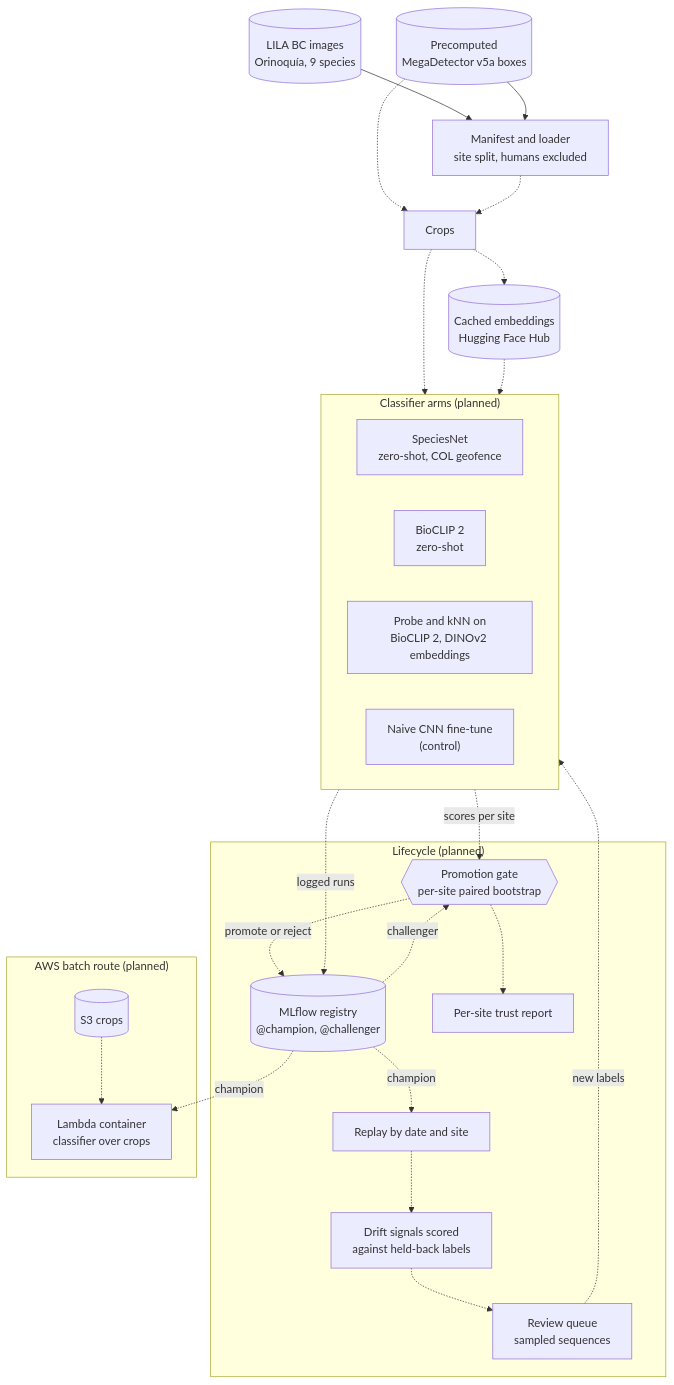
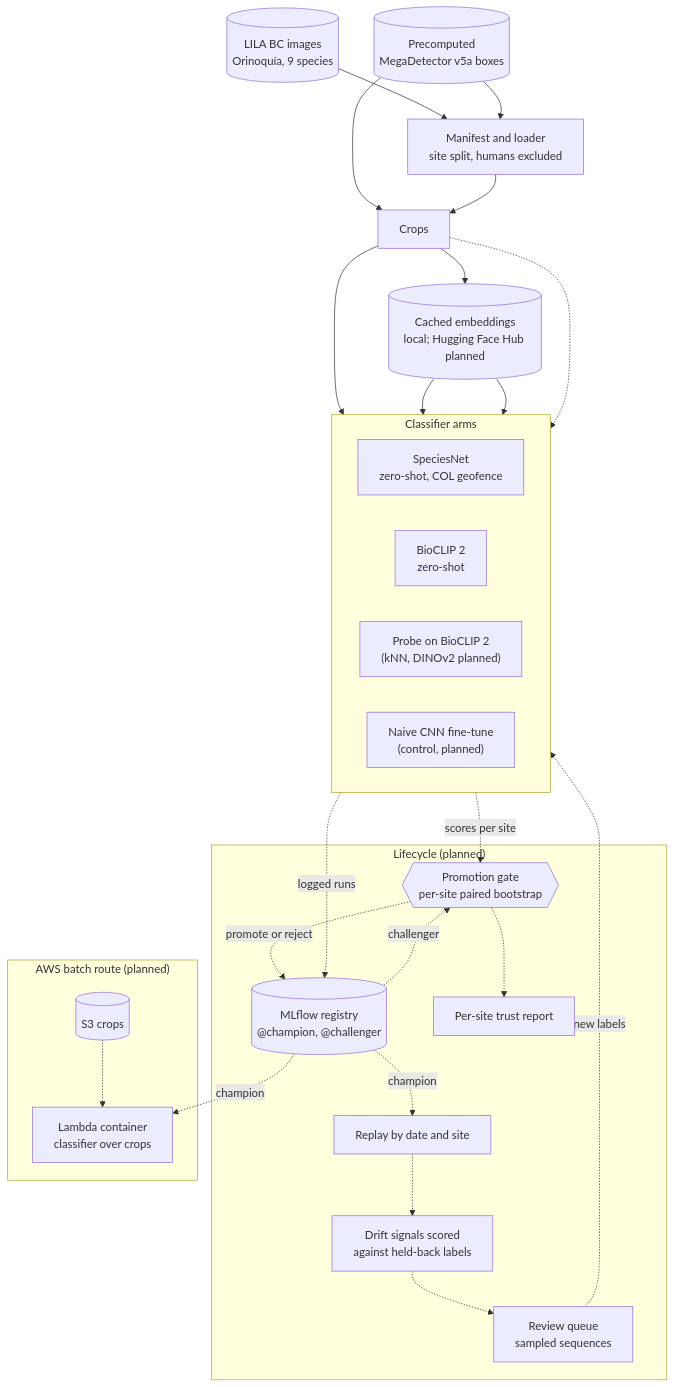
One commit to benmacp123/camera-trap-mlops changed the diagram in README.md. Above: the diagram before and after it, drawn with Mermaid. The commit also changed other lines of this file and 2 other files, not shown here.

````diff
--- a/README.md
+++ b/README.md
@@ -25,42 +49,44 @@
 ```mermaid
 flowchart TB
     lila[("LILA BC images<br>Orinoquía, 9 species")] --> manifest["Manifest and loader<br>site split, humans excluded"]
     mdv5a[("Precomputed<br>MegaDetector v5a boxes")] --> manifest
-    mdv5a -.-> crops["Crops"]
-    manifest -.-> crops
-    crops -.-> embeddings[("Cached embeddings<br>Hugging Face Hub")]
+    mdv5a --> crops["Crops"]
+    manifest --> crops
+    crops --> embeddings[("Cached embeddings<br>local; Hugging Face Hub planned")]
 
-    subgraph arms ["Classifier arms (planned)"]
+    subgraph arms ["Classifier arms"]
         direction LR
         speciesnet["SpeciesNet<br>zero-shot, COL geofence"]
         bioclip["BioCLIP 2<br>zero-shot"]
-        probe["Probe and kNN on<br>BioCLIP 2, DINOv2 embeddings"]
-        cnn["Naive CNN fine-tune<br>(control)"]
+        probe["Probe on BioCLIP 2<br>(kNN, DINOv2 planned)"]
+        cnn["Naive CNN fine-tune<br>(control, planned)"]
     end
 
-    crops -.-> arms
-    embeddings -.-> arms
+    crops --> speciesnet
+    embeddings --> bioclip
+    embeddings --> probe
+    crops -.-> cnn
 
     subgraph lifecycle ["Lifecycle (planned)"]
         mlflow[("MLflow registry<br>@champion, @challenger")]
         gate{{"Promotion gate<br>per-site paired bootstrap"}}
         report["Per-site trust report"]
         replay["Replay by date and site"]
         drift["Drift signals scored<br>against held-back labels"]
         review["Review queue<br>sampled sequences"]
         mlflow -. "challenger" .-> gate
         gate -. "promote or reject" .-> mlflow
         gate -.-> report
         mlflow -. "champion" .-> replay -.-> drift -.-> review
     end
 
     arms -. "scores per site" .-> gate
     arms -. "logged runs" .-> mlflow
     review -. "new labels" .-> arms
 
     subgraph aws ["AWS batch route (planned)"]
         s3[("S3 crops")] -.-> lambda["Lambda container<br>classifier over crops"]
     end
 
     mlflow -. "champion" .-> lambda
 ```
````
